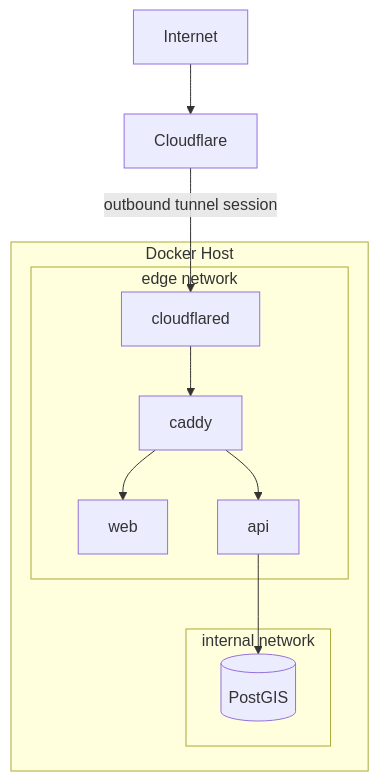
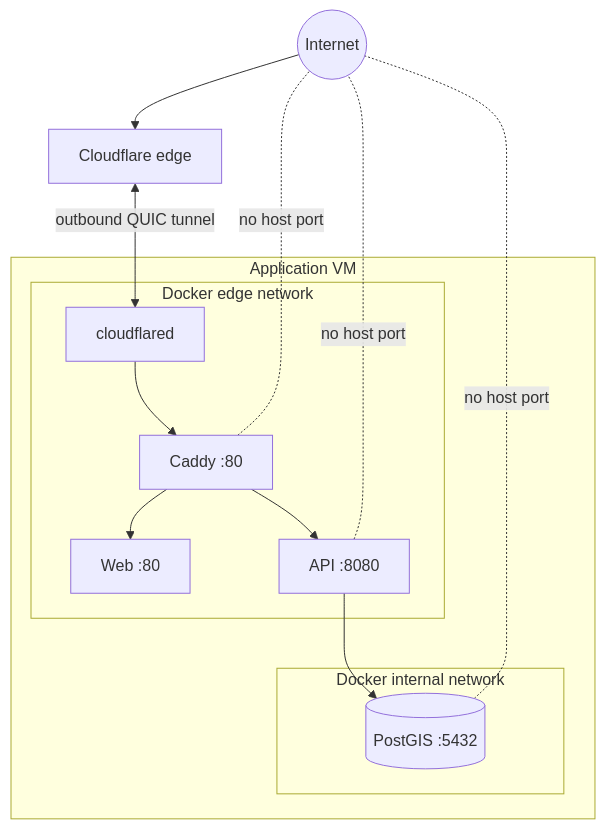
Before and after one commit to Jstarzz/ambulance-tracking: the second of 12 diagrams in docs/ARCHITECTURE.md, drawn with Mermaid. The commit also changed other lines of this file, not shown here.

Commit message:
docs: expand architecture with provisioning MFA crash ETA AI and scale flows

````diff
--- a/docs/ARCHITECTURE.md
+++ b/docs/ARCHITECTURE.md
@@ -47,17 +70,22 @@
 ```mermaid
 flowchart TB
-    Internet --> Cloudflare
-    Cloudflare -->|outbound tunnel session| cloudflared
+    INTERNET((Internet))
+    INTERNET --> CF[Cloudflare edge]
+    CF <-->|outbound QUIC tunnel| CFD[cloudflared]
 
-    subgraph Docker Host
-      subgraph edge network
-        cloudflared --> caddy
-        caddy --> web
-        caddy --> api
+    subgraph VM[Application VM]
+      subgraph EDGE[Docker edge network]
+        CFD --> CADDY[Caddy :80]
+        CADDY --> WEB[Web :80]
+        CADDY --> API[API :8080]
       end
 
-      subgraph internal network
-        api --> db[(PostGIS)]
+      subgraph INTERNAL[Docker internal network]
+        API --> PG[(PostGIS :5432)]
       end
     end
+
+    PG -. no host port .- INTERNET
+    API -. no host port .- INTERNET
+    CADDY -. no host port .- INTERNET
 ```
````
